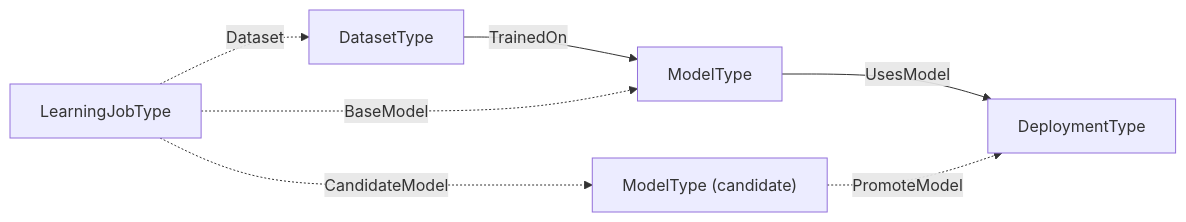
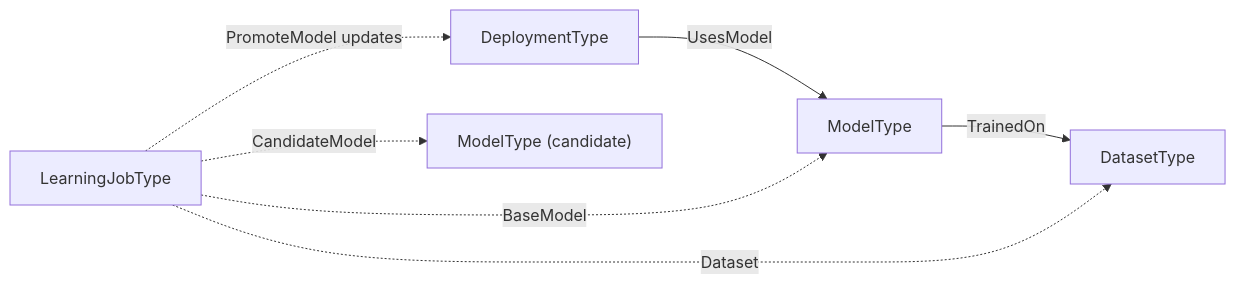
Before and after one commit to marcschier/opcua-drafts: the first of 2 diagrams in metaverse-specs/ai-deployment/OPC-UA-AI-Deployment.md, drawn with Mermaid. The commit also changed other lines of this file and 12 other files, not shown here.

````diff
--- a/metaverse-specs/ai-deployment/OPC-UA-AI-Deployment.md
+++ b/metaverse-specs/ai-deployment/OPC-UA-AI-Deployment.md
@@ -74,9 +74,9 @@
 ```mermaid
 flowchart LR
-    D["DatasetType"] -->|TrainedOn| M["ModelType"]
-    M -->|UsesModel| P["DeploymentType"]
+    M["ModelType"] -->|TrainedOn| D["DatasetType"]
+    P["DeploymentType"] -->|UsesModel| M
     J["LearningJobType"] -.->|BaseModel| M
     J -.->|CandidateModel| M2["ModelType (candidate)"]
     J -.->|Dataset| D
-    M2 -.->|PromoteModel| P
+    J -.->|PromoteModel updates| P
 ```
````
